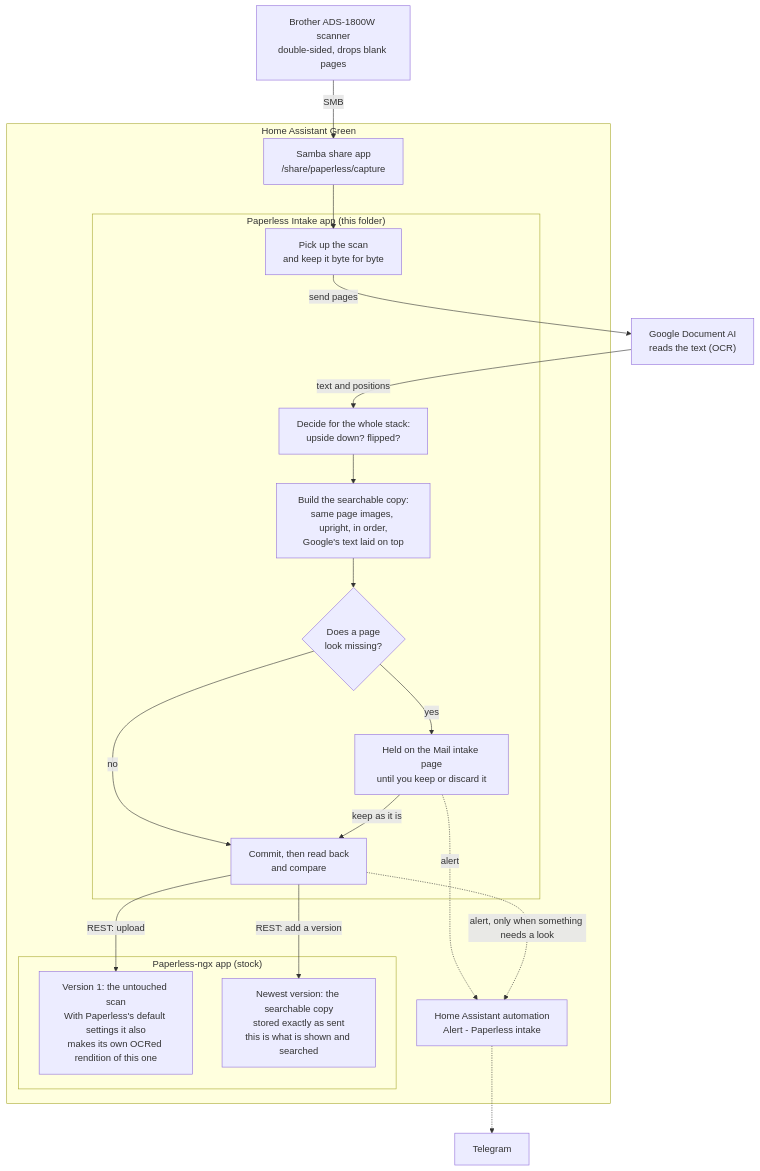
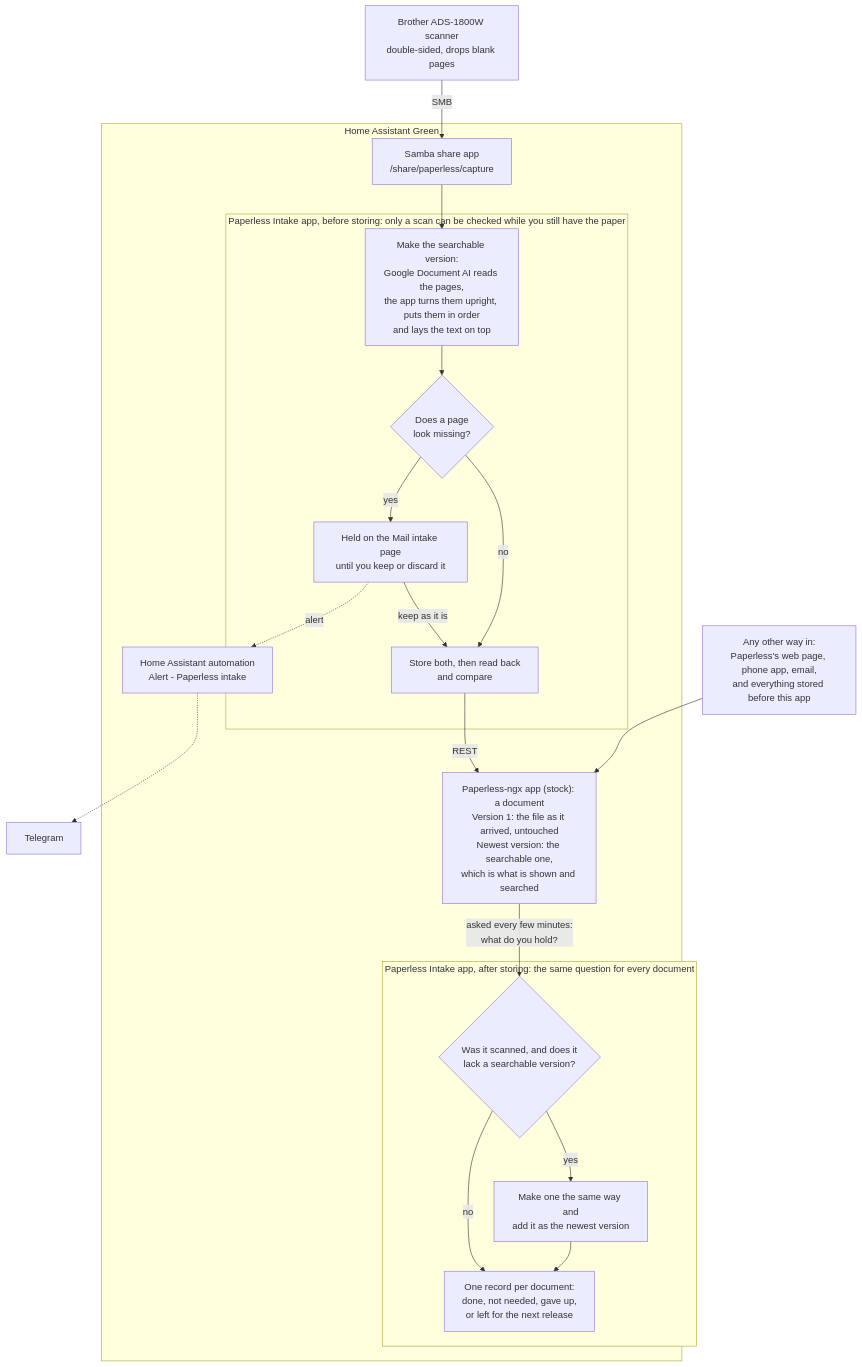
The diagram in paperless-ngx-intake/README.md (JaneJeon/homeassistant-apps), drawn with Mermaid before and after one commit. The commit also changed other lines of this file and 22 other files, not shown here.

First line of the commit message:
Paperless Intake 1.3.0: look after every document in Paperless, however it arrived (#50)

````diff
--- a/paperless-ngx-intake/README.md
+++ b/paperless-ngx-intake/README.md
@@ -7,39 +7,38 @@
 ```mermaid
 flowchart TD
     scanner["Brother ADS-1800W scanner<br/>double-sided, drops blank pages"]
-    google["Google Document AI<br/>reads the text (OCR)"]
+    doors["Any other way in:<br/>Paperless's web page, phone app, email,<br/>and everything stored before this app"]
     telegram["Telegram"]
 
     subgraph green["Home Assistant Green"]
         samba["Samba share app<br/>/share/paperless/capture"]
 
-        subgraph intake["Paperless Intake app (this folder)"]
-            pick["Pick up the scan<br/>and keep it byte for byte"]
-            stack["Decide for the whole stack:<br/>upside down? flipped?"]
-            copy["Build the searchable copy:<br/>same page images, upright, in order,<br/>Google's text laid on top"]
+        subgraph before["Paperless Intake app, before storing: only a scan can be checked while you still have the paper"]
+            make["Make the searchable version:<br/>Google Document AI reads the pages,<br/>the app turns them upright, puts them in order<br/>and lays the text on top"]
             gap{"Does a page<br/>look missing?"}
             held["Held on the Mail intake page<br/>until you keep or discard it"]
-            commit["Commit, then read back<br/>and compare"]
+            store["Store both, then read back<br/>and compare"]
         end
 
-        subgraph paperless["Paperless-ngx app (stock)"]
-            v1["Version 1: the untouched scan<br/>With Paperless's default settings it also<br/>makes its own OCRed rendition of this one"]
-            vn["Newest version: the searchable copy<br/>stored exactly as sent<br/>this is what is shown and searched"]
+        doc["Paperless-ngx app (stock): a document<br/>Version 1: the file as it arrived, untouched<br/>Newest version: the searchable one,<br/>which is what is shown and searched"]
+
+        subgraph after["Paperless Intake app, after storing: the same question for every document"]
+            need{"Was it scanned, and does it<br/>lack a searchable version?"}
+            add["Make one the same way and<br/>add it as the newest version"]
+            record["One record per document:<br/>done, not needed, gave up,<br/>or left for the next release"]
         end
 
         ha["Home Assistant automation<br/>Alert - Paperless intake"]
     end
 
-    scanner -- "SMB" --> samba --> pick
-    pick -- "send pages" --> google
-    google -- "text and positions" --> stack
-    stack --> copy --> gap
+    scanner -- "SMB" --> samba --> make --> gap
+    gap -- "no" --> store
     gap -- "yes" --> held
-    gap -- "no" --> commit
-    held -- "keep as it is" --> commit
-    commit -- "REST: upload" --> v1
-    commit -- "REST: add a version" --> vn
-    held -. "alert" .-> ha
-    commit -. "alert, only when something needs a look" .-> ha
-    ha -.-> telegram
+    held -- "keep as it is" --> store
+    store -- "REST" --> doc
+    doors --> doc
+    doc -- "asked every few minutes:<br/>what do you hold?" --> need
+    need -- "yes" --> add --> record
+    need -- "no" --> record
+    held -. "alert" .-> ha -.-> telegram
 ```
````
